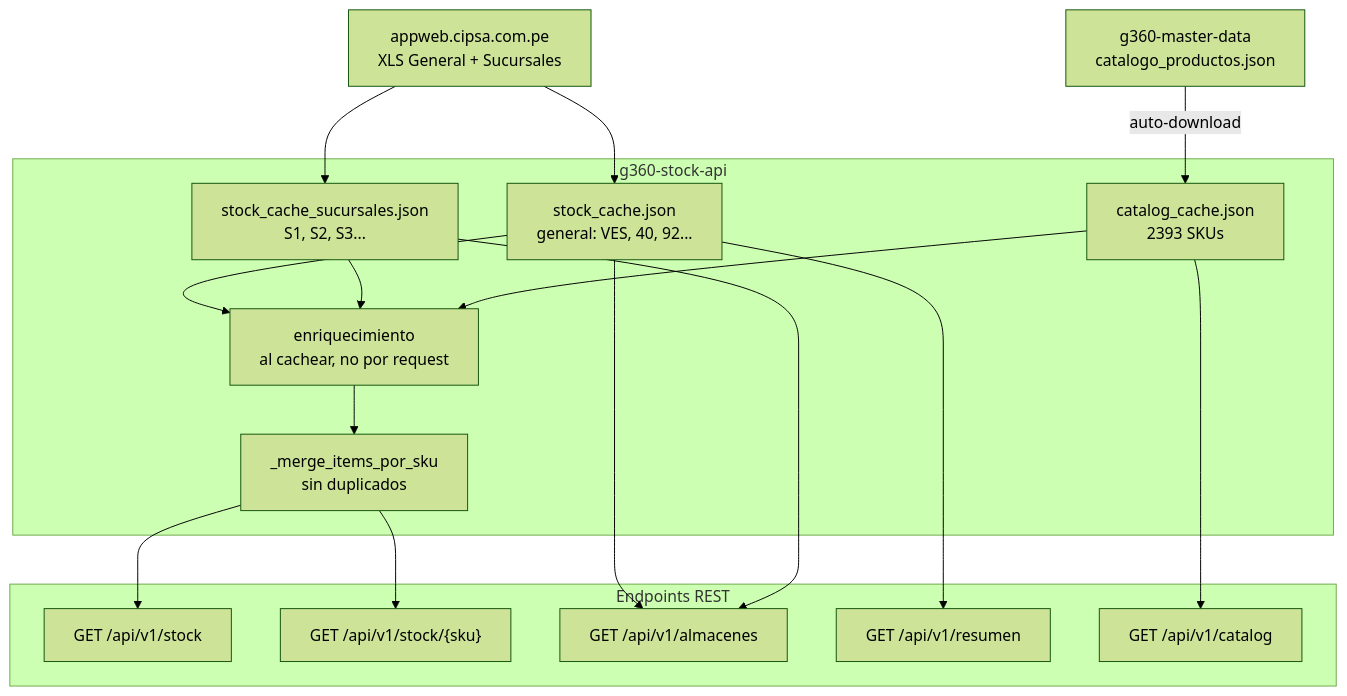
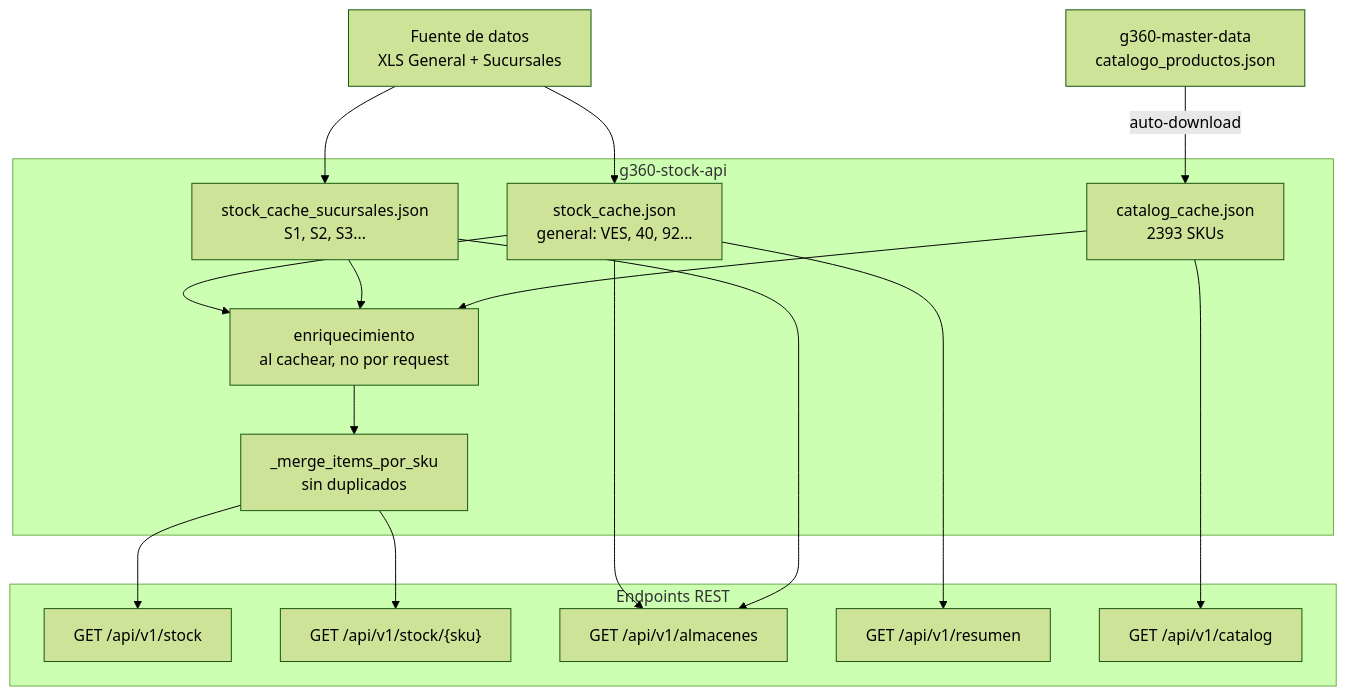
One commit to carloscus/g360-stock-api changed the first of 2 diagrams in README.md. Above: the diagram before and after it, drawn with Mermaid (forest theme). The commit also changed other lines of this file and 3 other files, not shown here.

````diff
--- a/README.md
+++ b/README.md
@@ -17,36 +17,36 @@
 ```mermaid
 flowchart TD
-    ERP["appweb.cipsa.com.pe<br/>XLS General + Sucursales"]
+    ERP["Fuente de datos<br/>XLS General + Sucursales"]
     MASTER["g360-master-data<br/>catalogo_productos.json"]
 
     subgraph API["g360-stock-api"]
         CACHE1["stock_cache.json<br/>general: VES, 40, 92..."]
         CACHE2["stock_cache_sucursales.json<br/>S1, S2, S3..."]
         CAT_CACHE["catalog_cache.json<br/>2393 SKUs"]
         ENRICH["enriquecimiento<br/>al cachear, no por request"]
         MERGE["_merge_items_por_sku<br/>sin duplicados"]
     end
 
     ERP --> CACHE1
     ERP --> CACHE2
     MASTER -->|auto-download| CAT_CACHE
     CACHE1 --> ENRICH
     CACHE2 --> ENRICH
     CAT_CACHE --> ENRICH
     ENRICH --> MERGE
 
     subgraph ENDPOINTS["Endpoints REST"]
         STOCK["GET /api/v1/stock"]
         SKU["GET /api/v1/stock/{sku}"]
         ALM["GET /api/v1/almacenes"]
         RESUMEN["GET /api/v1/resumen"]
         CAT["GET /api/v1/catalog"]
     end
 
     MERGE --> STOCK
     MERGE --> SKU
     CACHE1 --> ALM
     CACHE2 --> ALM
     CACHE1 --> RESUMEN
     CAT_CACHE --> CAT
 ```
````
